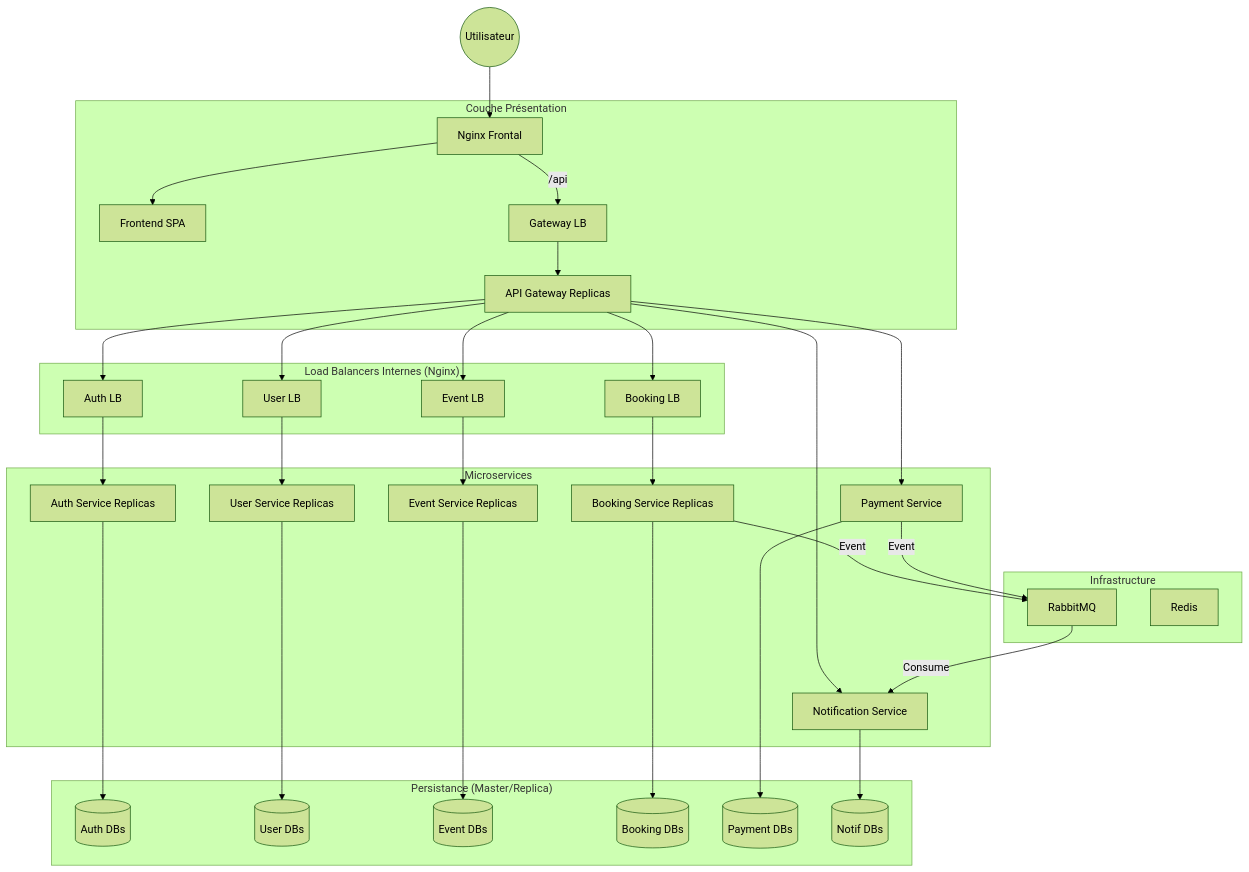
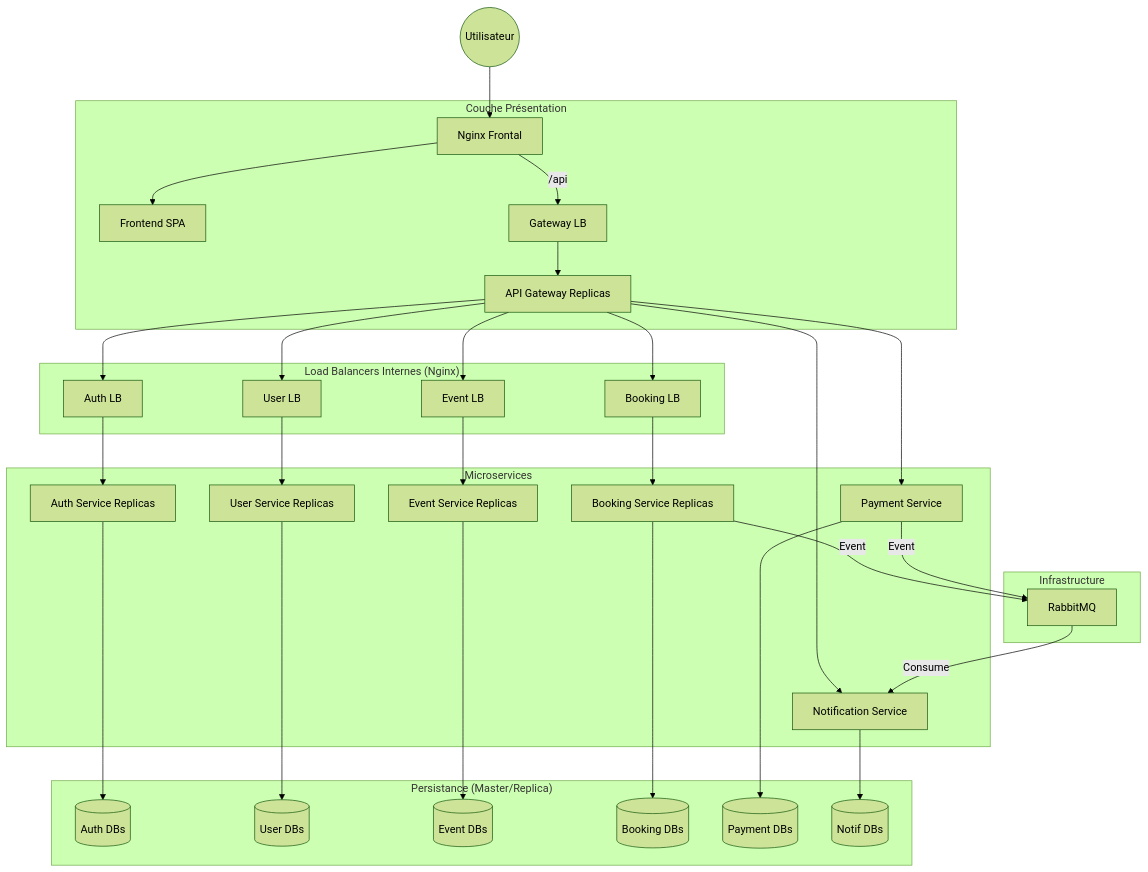
One commit to ECG-Rudy-Glt/4WEBD-TICKET changed the diagram in 4WEBD-TICKET-main/README.md. Above: the diagram before and after it, drawn with Mermaid (forest theme). The commit also changed other lines of this file, not shown here.

````diff
--- a/4WEBD-TICKET-main/README.md
+++ b/4WEBD-TICKET-main/README.md
@@ -21,45 +23,44 @@
 ```mermaid
 graph TD
     User((Utilisateur)) --> N[Nginx Frontal]
     
     subgraph "Couche Présentation"
         N --> FE[Frontend SPA]
         N -- "/api" --> GWLB[Gateway LB]
         GWLB --> GW[API Gateway Replicas]
     end
 
     subgraph "Load Balancers Internes (Nginx)"
         GW --> ALB[Auth LB]
         GW --> ULB[User LB]
         GW --> ELB[Event LB]
         GW --> BLB[Booking LB]
     end
 
     subgraph "Microservices"
         ALB --> AS[Auth Service Replicas]
         ULB --> US[User Service Replicas]
         ELB --> ES[Event Service Replicas]
         BLB --> BS[Booking Service Replicas]
         GW --> PS[Payment Service]
         GW --> NS[Notification Service]
     end
 
     subgraph "Persistance (Master/Replica)"
         AS --> ADB[(Auth DBs)]
         US --> UDB[(User DBs)]
         ES --> EDB[(Event DBs)]
         BS --> BDB[(Booking DBs)]
         PS --> PDB[(Payment DBs)]
         NS --> NDB[(Notif DBs)]
     end
 
     subgraph "Infrastructure"
         RMQ[RabbitMQ]
-        RED[Redis]
     end
 
     %% Communication Asynchrone
     BS -- "Event" --> RMQ
     PS -- "Event" --> RMQ
     RMQ -- "Consume" --> NS
 ```
````
